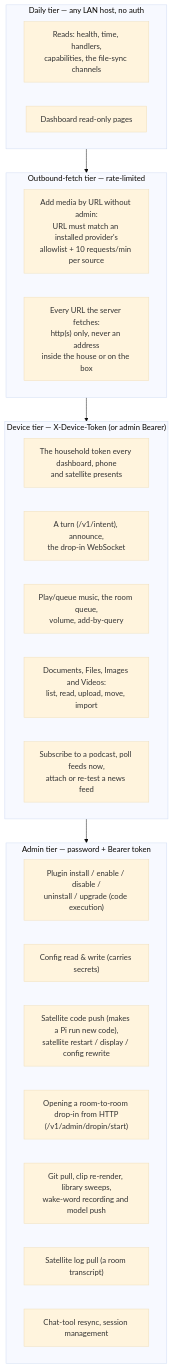
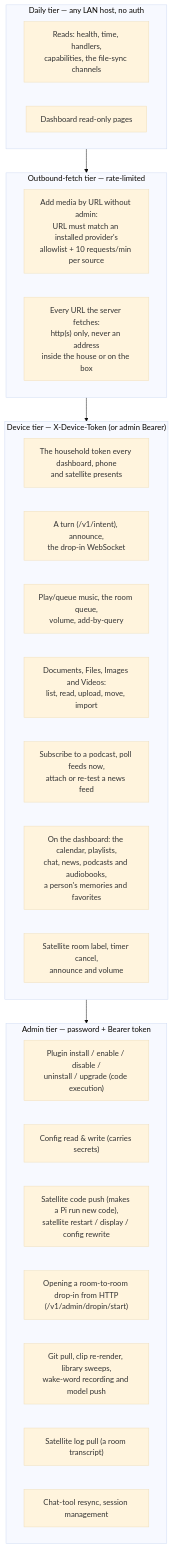
Before and after one commit to coders-farm-official/domovoi: the diagram in docs/SECURITY_PRIVACY.md, drawn with Mermaid (base theme). The commit also changed other lines of this file and 3 other files, not shown here.

````diff
--- a/docs/SECURITY_PRIVACY.md
+++ b/docs/SECURITY_PRIVACY.md
@@ -39,28 +39,30 @@
 ```mermaid
 flowchart TB
     subgraph daily["Daily tier — any LAN host, no auth"]
         d1["Reads: health, time, handlers,<br/>capabilities, the file-sync channels"]
         d2["Dashboard read-only pages"]
     end
     subgraph fetch["Outbound-fetch tier — rate-limited"]
         f1["Add media by URL without admin:<br/>URL must match an installed provider's<br/>allowlist + 10 requests/min per source"]
         f2["Every URL the server fetches:<br/>http(s) only, never an address<br/>inside the house or on the box"]
     end
     subgraph device["Device tier — X-Device-Token (or admin Bearer)"]
         v1["The household token every dashboard, phone<br/>and satellite presents"]
         v2["A turn (/v1/intent), announce,<br/>the drop-in WebSocket"]
         v3["Play/queue music, the room queue,<br/>volume, add-by-query"]
         v4["Documents, Files, Images and Videos:<br/>list, read, upload, move, import"]
         v5["Subscribe to a podcast, poll feeds now,<br/>attach or re-test a news feed"]
+        v6["On the dashboard: the calendar, playlists,<br/>chat, news, podcasts and audiobooks,<br/>a person's memories and favorites"]
+        v7["Satellite room label, timer cancel,<br/>announce and volume"]
     end
     subgraph admin["Admin tier — password + Bearer token"]
         a1["Plugin install / enable / disable /<br/>uninstall / upgrade (code execution)"]
         a2["Config read & write (carries secrets)"]
         a3["Satellite code push (makes a Pi run new code),<br/>satellite restart / display / config rewrite"]
         a7["Opening a room-to-room drop-in from HTTP<br/>(/v1/admin/dropin/start)"]
         a4["Git pull, clip re-render, library sweeps,<br/>wake-word recording and model push"]
         a5["Satellite log pull (a room transcript)"]
         a6["Chat-tool resync, session management"]
     end
     daily --> fetch --> device --> admin
 ```
````
